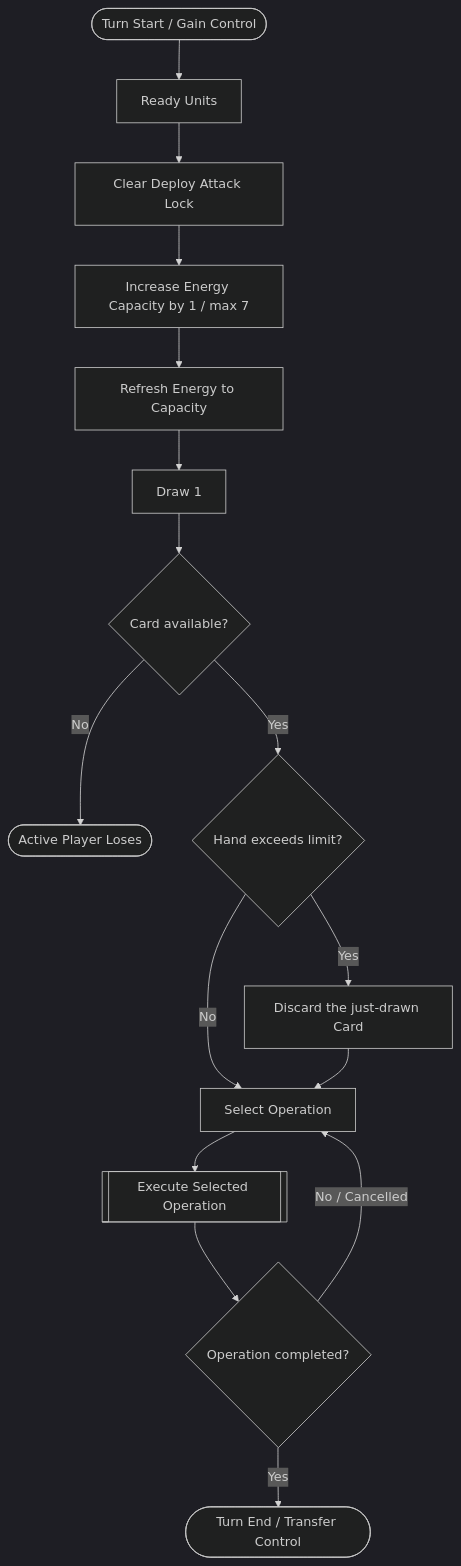
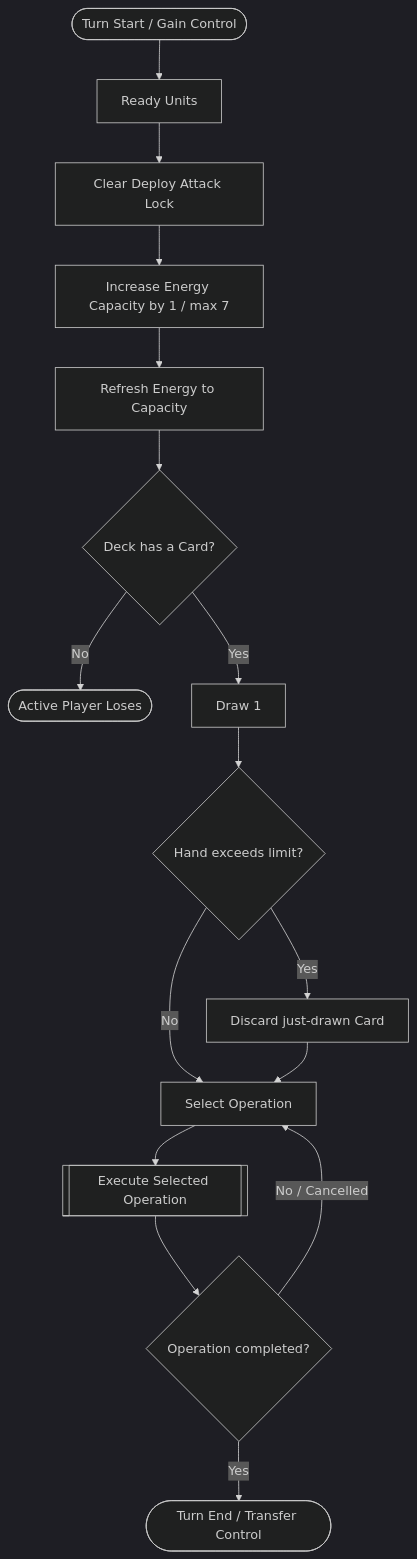
One commit to kjun1/card-game changed the diagram in docs/process/turn-flow.md. Above: the diagram before and after it, drawn with Mermaid (dark theme). The commit also changed other lines of this file and 9 other files, not shown here.

```diff
--- a/docs/process/turn-flow.md
+++ b/docs/process/turn-flow.md
@@ -34,18 +19,18 @@
 ~~~mermaid
 flowchart TD
     S([Turn Start / Gain Control]) --> R[Ready Units]
     R --> L[Clear Deploy Attack Lock]
     L --> U[Increase Energy Capacity by 1 / max 7]
     U --> E[Refresh Energy to Capacity]
-    E --> D[Draw 1]
-    D --> Q{Card available?}
+    E --> Q{Deck has a Card?}
     Q -- No --> X([Active Player Loses])
-    Q -- Yes --> H{Hand exceeds limit?}
-    H -- Yes --> HD[Discard the just-drawn Card]
+    Q -- Yes --> D[Draw 1]
+    D --> H{Hand exceeds limit?}
+    H -- Yes --> HD[Discard just-drawn Card]
     H -- No --> O[Select Operation]
     HD --> O
     O --> P[[Execute Selected Operation]]
     P --> F{Operation completed?}
     F -- No / Cancelled --> O
     F -- Yes --> T([Turn End / Transfer Control])
 ~~~
```
